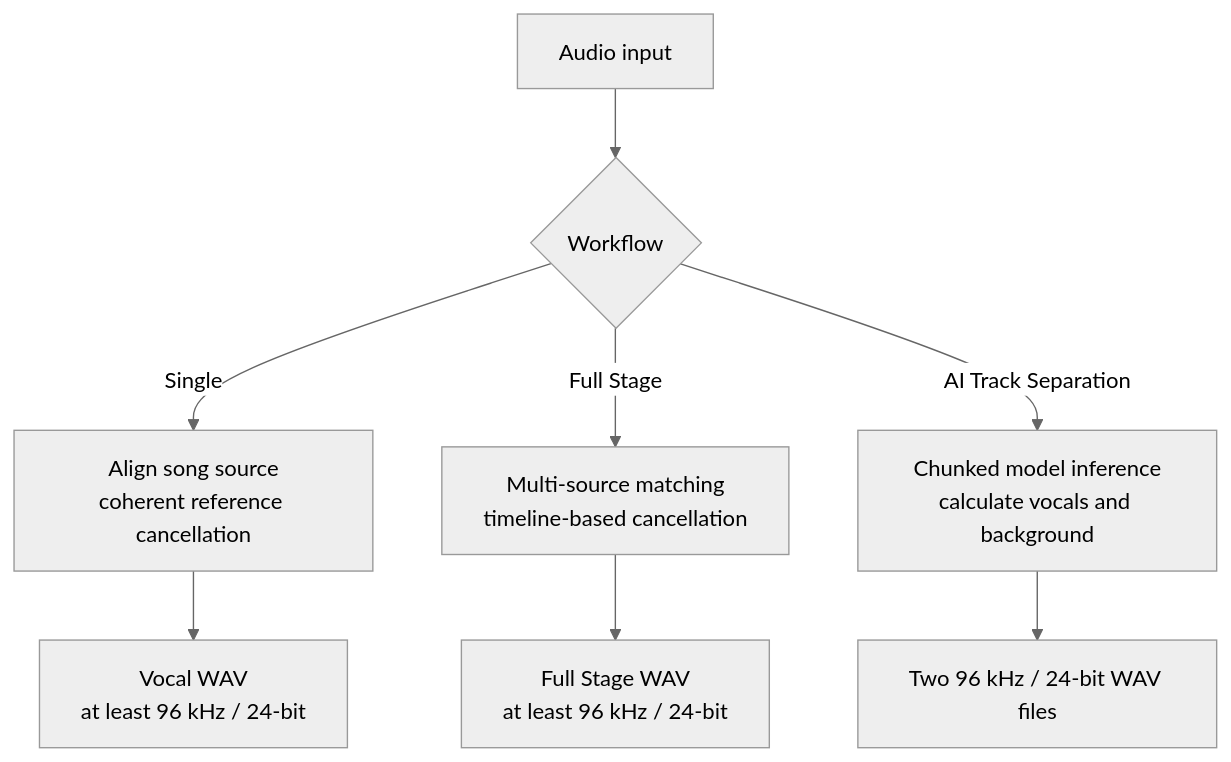
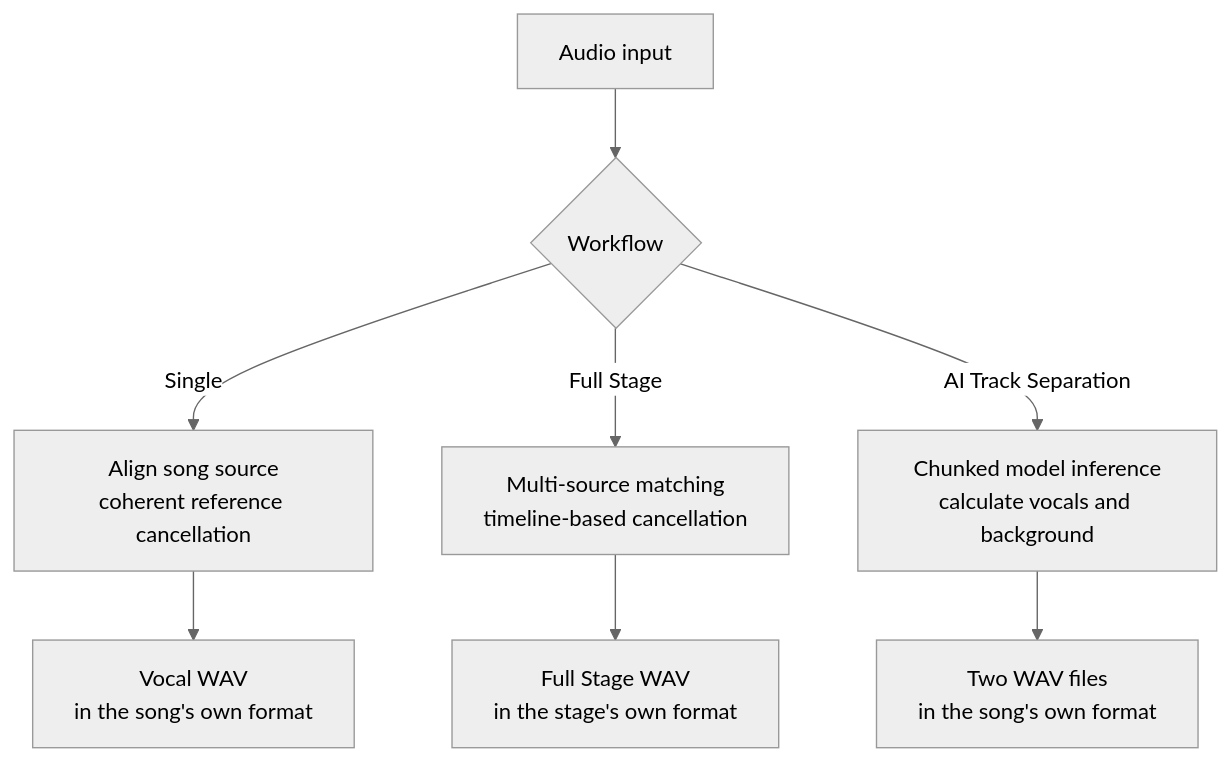
The third of 4 diagrams in docs/en/architecture.md (ChouChiu/Purivox), drawn with Mermaid (neutral theme) before and after one commit. The commit also changed other lines of this file and 30 other files, not shown here.

````diff
--- a/docs/en/architecture.md
+++ b/docs/en/architecture.md
@@ -122,10 +122,10 @@
 ```mermaid
 flowchart TB
     input["Audio input"] --> choice{"Workflow"}
     choice -->|Single| mr["Align song source<br/>coherent reference cancellation"]
     choice -->|Full Stage| stage["Multi-source matching<br/>timeline-based cancellation"]
     choice -->|AI Track Separation| ai["Chunked model inference<br/>calculate vocals and background"]
-    mr --> mrout["Vocal WAV<br/>at least 96 kHz / 24-bit"]
-    stage --> stageout["Full Stage WAV<br/>at least 96 kHz / 24-bit"]
-    ai --> aiout["Two 96 kHz / 24-bit WAV files"]
+    mr --> mrout["Vocal WAV<br/>in the song's own format"]
+    stage --> stageout["Full Stage WAV<br/>in the stage's own format"]
+    ai --> aiout["Two WAV files<br/>in the song's own format"]
 ```
````
